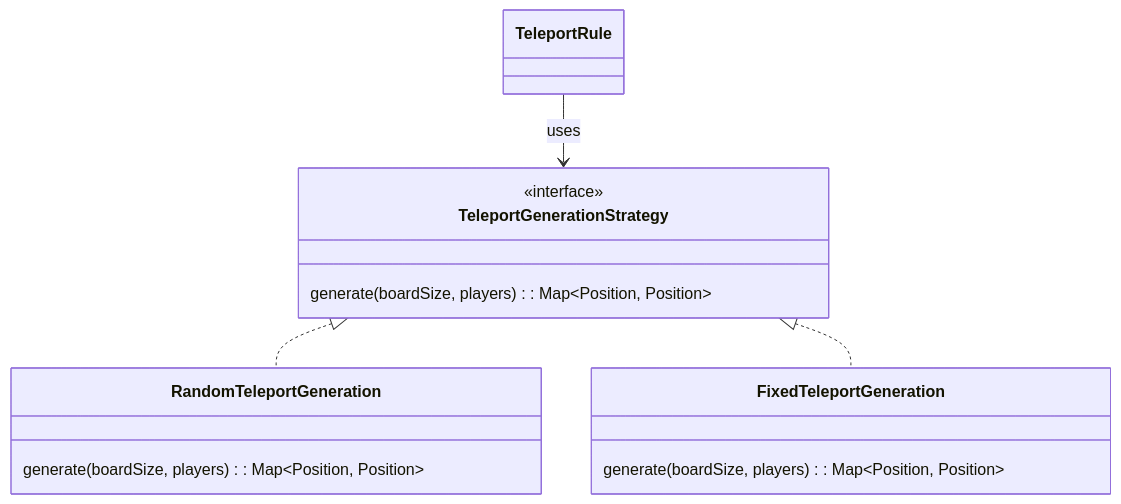
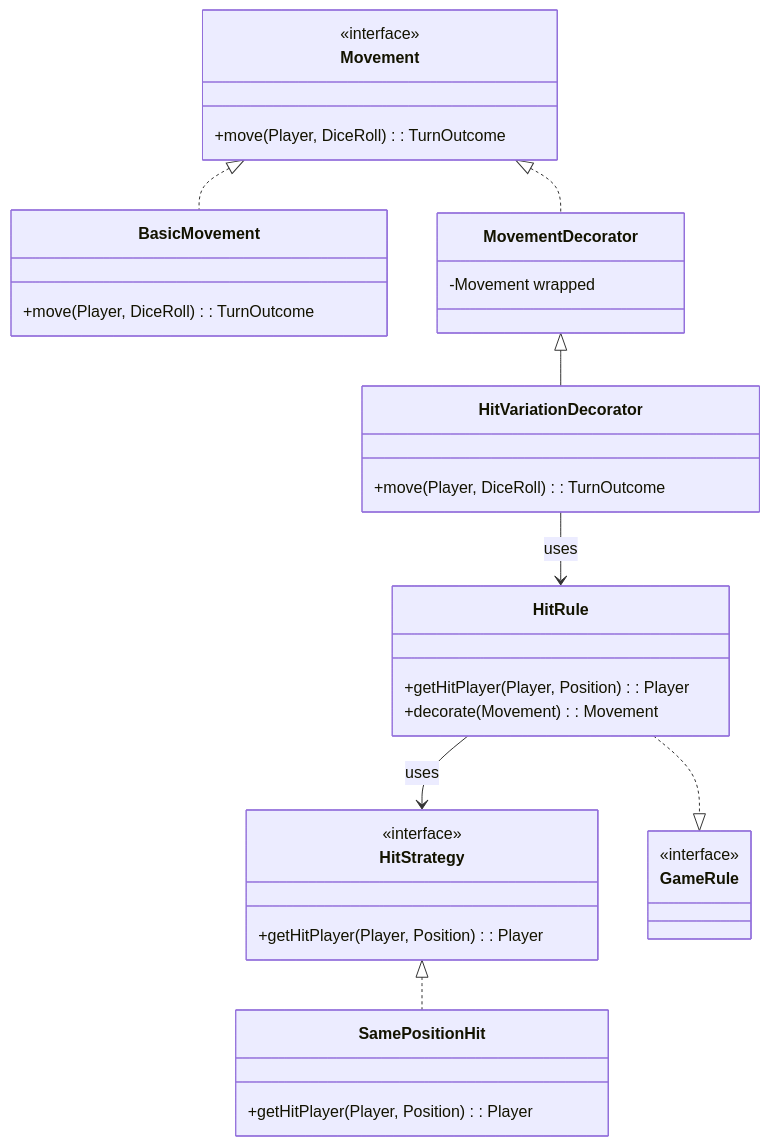
Before and after one commit to SirRmelTheThird/HyperJump: diagram 13 of 30 in README.md, drawn with Mermaid. The commit also changed other lines of this file, not shown here.

````diff
--- a/README.md
+++ b/README.md
@@ -527,21 +531,46 @@
 ```mermaid
 classDiagram
-TeleportGenerationStrategy <|.. RandomTeleportGeneration
-TeleportGenerationStrategy <|.. FixedTeleportGeneration
-TeleportRule --> TeleportGenerationStrategy : uses
+    Movement <|.. BasicMovement
+    Movement <|.. MovementDecorator
+    MovementDecorator <|-- HitVariationDecorator
 
-    class TeleportGenerationStrategy {
+    HitVariationDecorator --> HitRule : uses
+    HitRule --> HitStrategy : uses
+    HitStrategy <|.. SamePositionHit
+    HitRule ..|> GameRule
+
+    class Movement {
         <<interface>>
-        generate(boardSize, players): Map~Position, Position~
+        +move(Player, DiceRoll): TurnOutcome
     }
 
-    class RandomTeleportGeneration {
-        generate(boardSize, players): Map~Position, Position~
+    class BasicMovement {
+        +move(Player, DiceRoll): TurnOutcome
     }
 
-    class FixedTeleportGeneration {
-        generate(boardSize, players): Map~Position, Position~
+    class MovementDecorator {
+        -Movement wrapped
     }
 
-    class TeleportRule
+    class HitVariationDecorator {
+        +move(Player, DiceRoll): TurnOutcome
+    }
+
+    class HitRule {
+        +getHitPlayer(Player, Position): Player
+        +decorate(Movement): Movement
+    }
+
+    class HitStrategy {
+        <<interface>>
+        +getHitPlayer(Player, Position): Player
+    }
+
+    class SamePositionHit {
+        +getHitPlayer(Player, Position): Player
+    }
+
+    class GameRule {
+        <<interface>>
+    }
 ```
````
